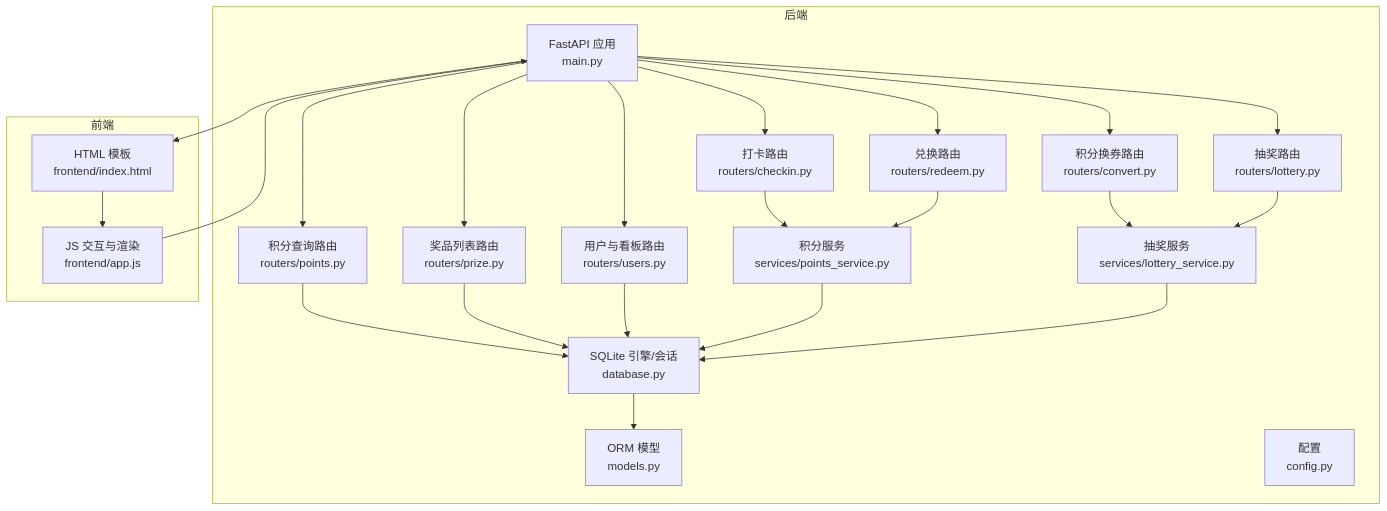
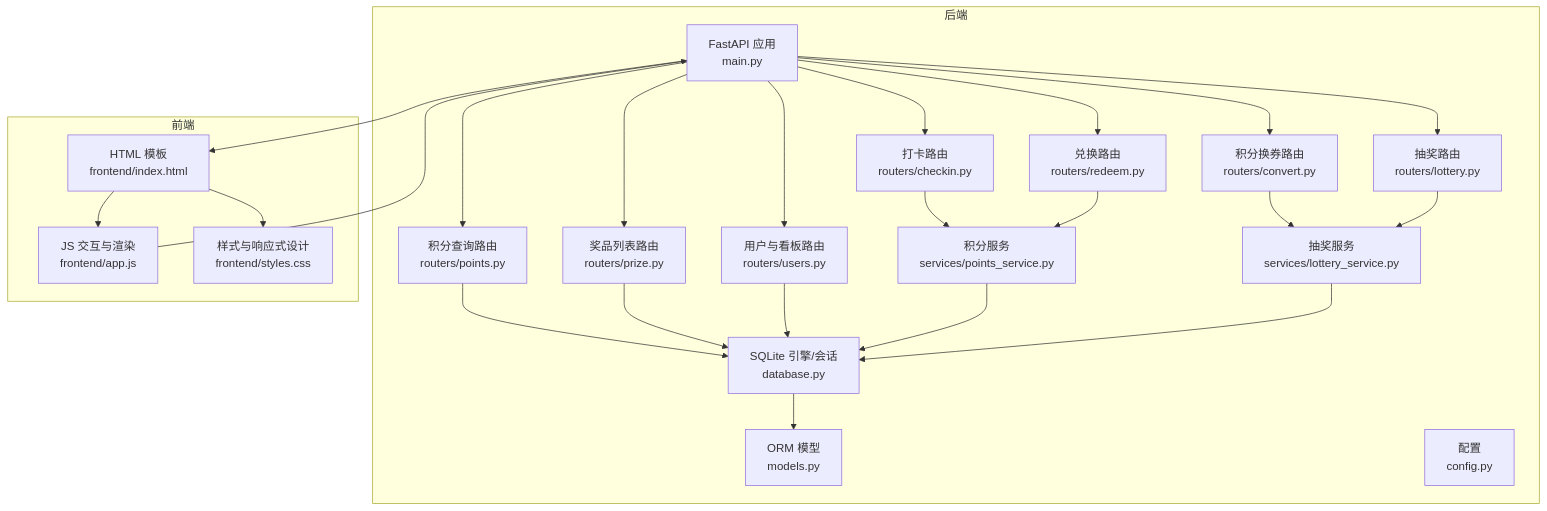
Before and after one commit to onebody/homework: the first of 7 diagrams in .qoder/repowiki/zh/content/项目概述/积分兑换系统介绍.md, drawn with Mermaid. The commit also changed other lines of this file and 6 other files, not shown here.

````diff
--- a/.qoder/repowiki/zh/content/项目概述/积分兑换系统介绍.md
+++ b/.qoder/repowiki/zh/content/项目概述/积分兑换系统介绍.md
@@ -46,42 +55,44 @@
 ```mermaid
 graph TB
 subgraph "后端"
 A["FastAPI 应用<br/>main.py"]
 R1["打卡路由<br/>routers/checkin.py"]
 R2["积分查询路由<br/>routers/points.py"]
 R3["兑换路由<br/>routers/redeem.py"]
 R4["积分换券路由<br/>routers/convert.py"]
 R5["抽奖路由<br/>routers/lottery.py"]
 R6["奖品列表路由<br/>routers/prize.py"]
 R7["用户与看板路由<br/>routers/users.py"]
 S1["积分服务<br/>services/points_service.py"]
 S2["抽奖服务<br/>services/lottery_service.py"]
 DB["SQLite 引擎/会话<br/>database.py"]
 M["ORM 模型<br/>models.py"]
 C["配置<br/>config.py"]
 end
 subgraph "前端"
 F1["HTML 模板<br/>frontend/index.html"]
 F2["JS 交互与渲染<br/>frontend/app.js"]
+F3["样式与响应式设计<br/>frontend/styles.css"]
 end
 A --> R1
 A --> R2
 A --> R3
 A --> R4
 A --> R5
 A --> R6
 A --> R7
 R1 --> S1
 R3 --> S1
 R4 --> S2
 R5 --> S2
 R2 --> DB
 R6 --> DB
 R7 --> DB
 S1 --> DB
 S2 --> DB
 DB --> M
 A --> F1
 F1 --> F2
+F1 --> F3
 F2 --> A
 ```
````
